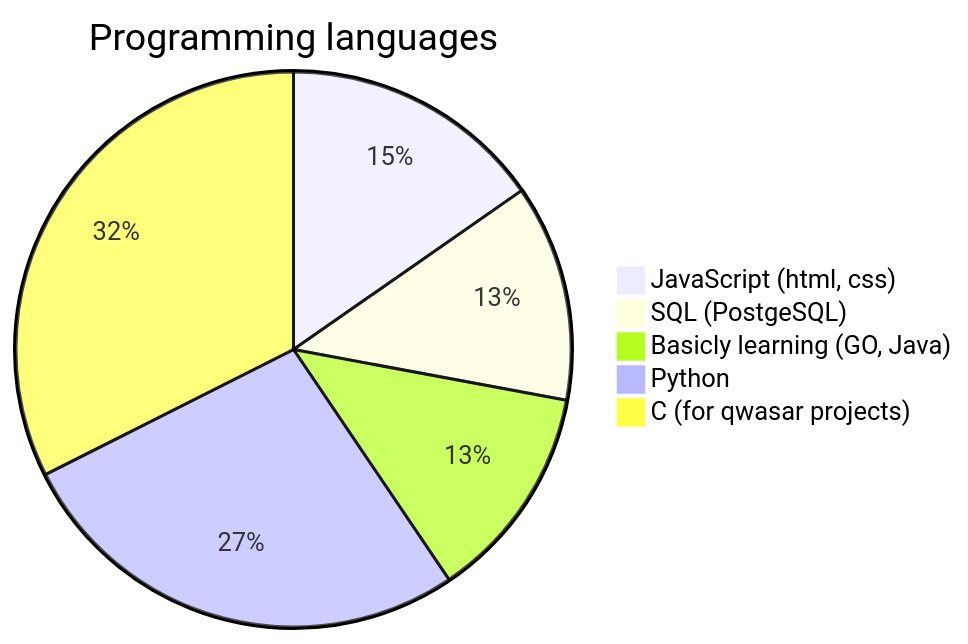
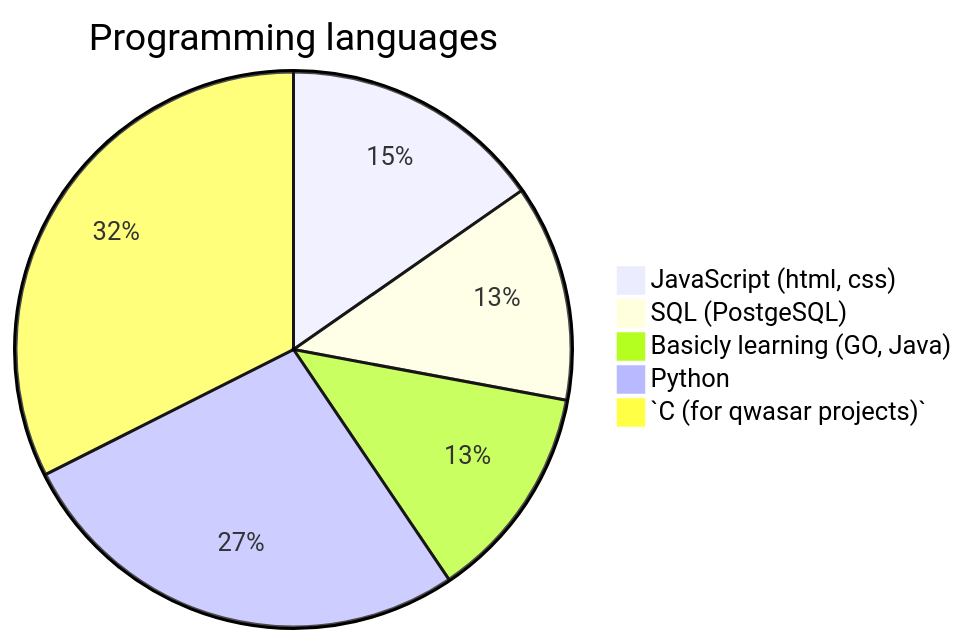
Before and after one commit to holmon-alp/holmon-alp: the diagram in README.md, drawn with Mermaid. The commit also changed other lines of this file, not shown here.

````diff
--- a/README.md
+++ b/README.md
@@ -19,9 +19,9 @@
 ```mermaid
 pie
     title Programming languages
     "JavaScript (html, css)" : 85
     "SQL (PostgeSQL)" : 70
     "Basicly learning (GO, Java)" : 70
     "Python" : 150
-    "C (for qwasar projects)" : 180
+    "`C (for qwasar projects)`" : 180
 ```
````
